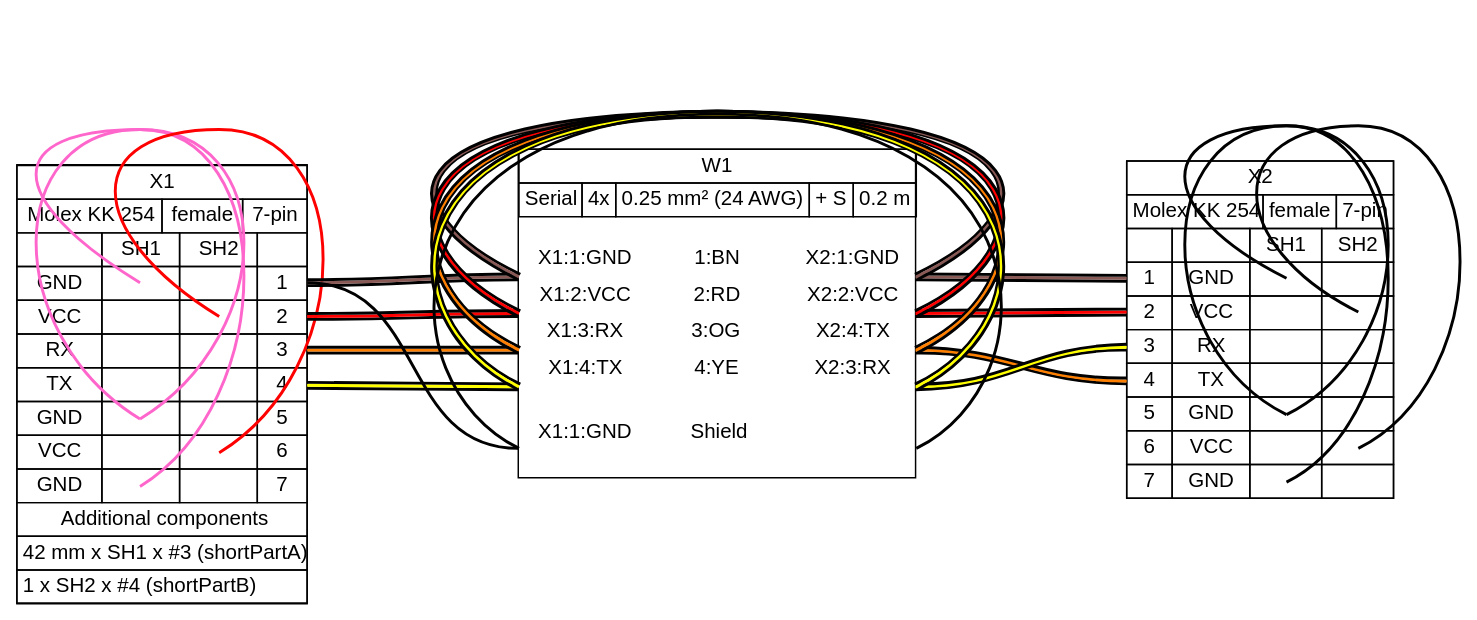
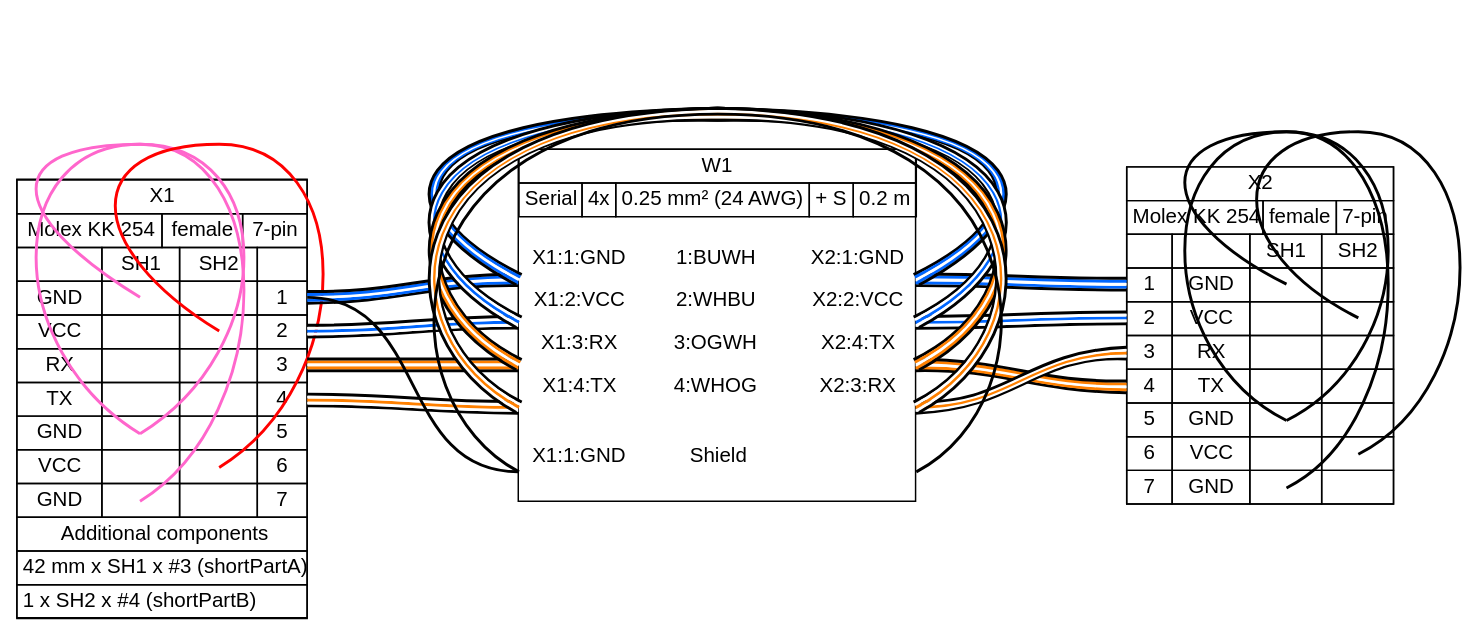
The diagram in examples/ex15.gv (wireviz/WireViz), drawn with Graphviz before and after one commit. The commit also changed 4 other files, not shown here.

```diff
--- a/examples/ex15.gv
+++ b/examples/ex15.gv
@@ -167,19 +167,19 @@
  </td></tr>
 </table>
 > fillcolor="#FFFFFF" shape=box style=filled]
-	edge [color="#000000:#895956:#000000"]
+	edge [color="#000000:#0066ff:#ffffff:#0066ff:#000000"]
 	X1:p1r:e -- W1:w1:w
 	W1:w1:e -- X2:p1l:w
 	W1:w1:w -- W1:w1:e [straight=straight]
-	edge [color="#000000:#ff0000:#000000"]
+	edge [color="#000000:#ffffff:#0066ff:#ffffff:#000000"]
 	X1:p2r:e -- W1:w2:w
 	W1:w2:e -- X2:p2l:w
 	W1:w2:w -- W1:w2:e [straight=straight]
-	edge [color="#000000:#ff8000:#000000"]
+	edge [color="#000000:#ff8000:#ffffff:#ff8000:#000000"]
 	X1:p3r:e -- W1:w3:w
 	W1:w3:e -- X2:p4l:w
 	W1:w3:w -- W1:w3:e [straight=straight]
-	edge [color="#000000:#ffff00:#000000"]
+	edge [color="#000000:#ffffff:#ff8000:#ffffff:#000000"]
 	X1:p4r:e -- W1:w4:w
 	W1:w4:e -- X2:p3l:w
 	W1:w4:w -- W1:w4:e [straight=straight]
@@ -208,12 +208,12 @@
    <tr>
     <td>X1:1:GND</td>
     <td>
-     1:BN
+     1:BUWH
     </td>
     <td>X2:1:GND</td>
    </tr>
    <tr>
-    <td colspan="3" border="0" cellspacing="0" cellpadding="0" port="w1" height="6">
+    <td colspan="3" border="0" cellspacing="0" cellpadding="0" port="w1" height="10">
      <table cellspacing="0" cellborder="0" border="0">
     <tr><td colspan="3" cellpadding="0" height="6" border="0"></td></tr>
      </table>
@@ -222,12 +222,12 @@
    <tr>
     <td>X1:2:VCC</td>
     <td>
-     2:RD
+     2:WHBU
     </td>
     <td>X2:2:VCC</td>
    </tr>
    <tr>
-    <td colspan="3" border="0" cellspacing="0" cellpadding="0" port="w2" height="6">
+    <td colspan="3" border="0" cellspacing="0" cellpadding="0" port="w2" height="10">
      <table cellspacing="0" cellborder="0" border="0">
     <tr><td colspan="3" cellpadding="0" height="6" border="0"></td></tr>
      </table>
@@ -236,12 +236,12 @@
    <tr>
     <td>X1:3:RX</td>
     <td>
-     3:OG
+     3:OGWH
     </td>
     <td>X2:4:TX</td>
    </tr>
    <tr>
-    <td colspan="3" border="0" cellspacing="0" cellpadding="0" port="w3" height="6">
+    <td colspan="3" border="0" cellspacing="0" cellpadding="0" port="w3" height="10">
      <table cellspacing="0" cellborder="0" border="0">
     <tr><td colspan="3" cellpadding="0" height="6" border="0"></td></tr>
      </table>
@@ -250,12 +250,12 @@
    <tr>
     <td>X1:4:TX</td>
     <td>
-     4:YE
+     4:WHOG
     </td>
     <td>X2:3:RX</td>
    </tr>
    <tr>
-    <td colspan="3" border="0" cellspacing="0" cellpadding="0" port="w4" height="6">
+    <td colspan="3" border="0" cellspacing="0" cellpadding="0" port="w4" height="10">
      <table cellspacing="0" cellborder="0" border="0">
     <tr><td colspan="3" cellpadding="0" height="6" border="0"></td></tr>
      </table>
```
